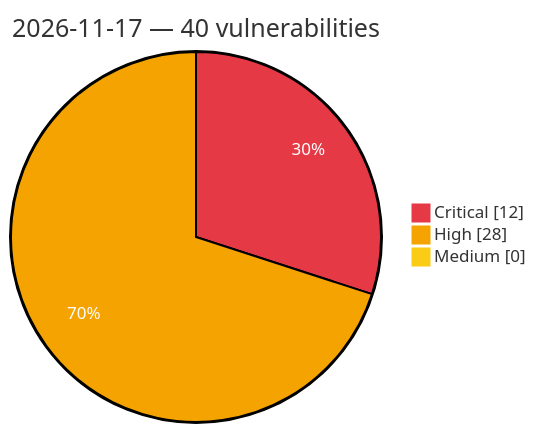
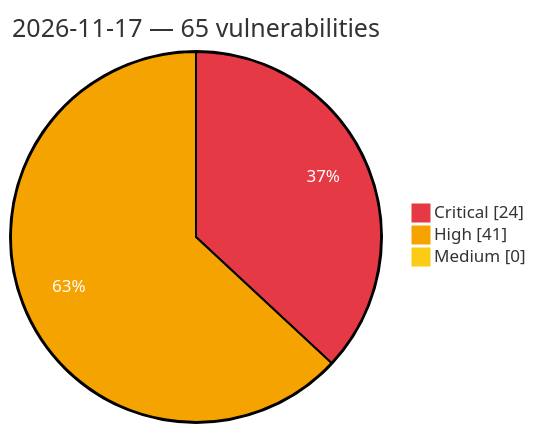
The diagram in vulnerabilities/2026/November/2026-11-17.md (GhostX0X/vuln-tracker), drawn with Mermaid before and after one commit. The commit also changed other lines of this file and 5 other files, not shown here.

Commit message:
Auto update: critical/high vulns (2026-11-17 23:59 UTC)

````diff
--- a/vulnerabilities/2026/November/2026-11-17.md
+++ b/vulnerabilities/2026/November/2026-11-17.md
@@ -3,8 +3,8 @@
 ```mermaid
 %%{init: {'theme':'base', 'themeVariables': {'pie1':'#e63946', 'pie2':'#f4a300', 'pie3':'#facc15', 'pieOpacity':'1', 'pieOuterStrokeWidth':'2px', 'pieSectionTextColor':'#ffffff'}}}%%
 pie showData
-    title 2026-11-17 — 40 vulnerabilities
-    "Critical" : 12
-    "High" : 28
+    title 2026-11-17 — 65 vulnerabilities
+    "Critical" : 24
+    "High" : 41
     "Medium" : 0
 ```
````
